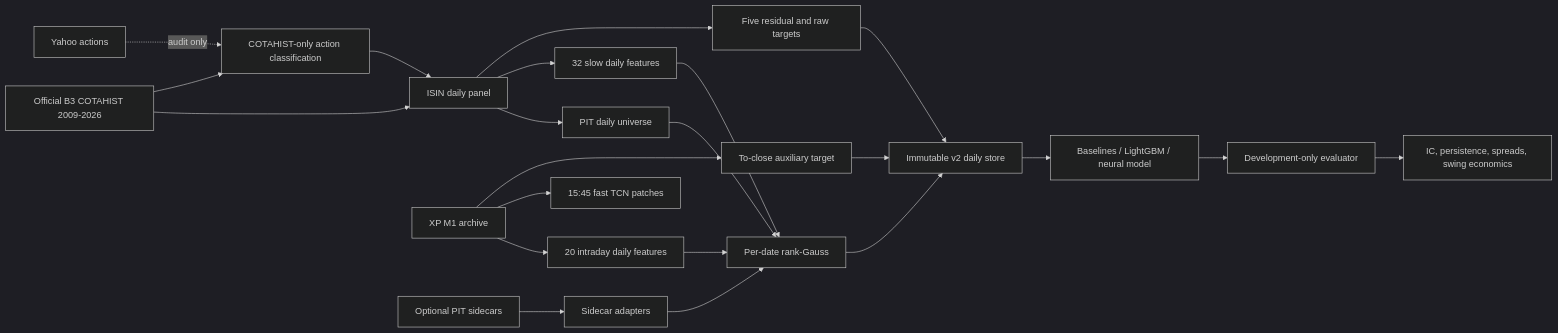
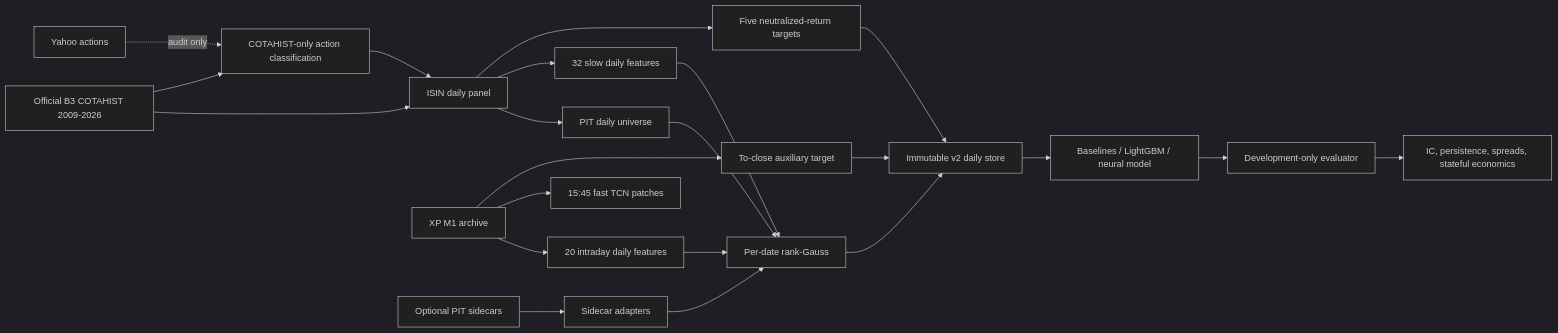
The first of 2 diagrams in docs/v2_README.md (gabrool/brazil-rv), drawn with Mermaid (dark theme) before and after one commit. The commit also changed other lines of this file and 28 other files, not shown here.

````diff
--- a/docs/v2_README.md
+++ b/docs/v2_README.md
@@ -35,24 +51,24 @@
 ```mermaid
 flowchart LR
     A[Official B3 COTAHIST 2009-2026] --> B[ISIN daily panel]
     A --> D[COTAHIST-only action classification]
     C[Yahoo actions] -. audit only .-> D
     D --> B
     B --> E[PIT daily universe]
     B --> F[32 slow daily features]
     G[XP M1 archive] --> H[20 intraday daily features]
     G --> I[15:45 fast TCN patches]
     J[Optional PIT sidecars] --> K[Sidecar adapters]
     E --> L[Per-date rank-Gauss]
     F --> L
     H --> L
     K --> L
-    B --> M[Five residual and raw targets]
+    B --> M[Five neutralized-return targets]
     G --> N[To-close auxiliary target]
     L --> O[Immutable v2 daily store]
     M --> O
     N --> O
     O --> P[Baselines / LightGBM / neural model]
     P --> Q[Development-only evaluator]
-    Q --> R[IC, persistence, spreads, swing economics]
+    Q --> R[IC, persistence, spreads, stateful economics]
 ```
````
